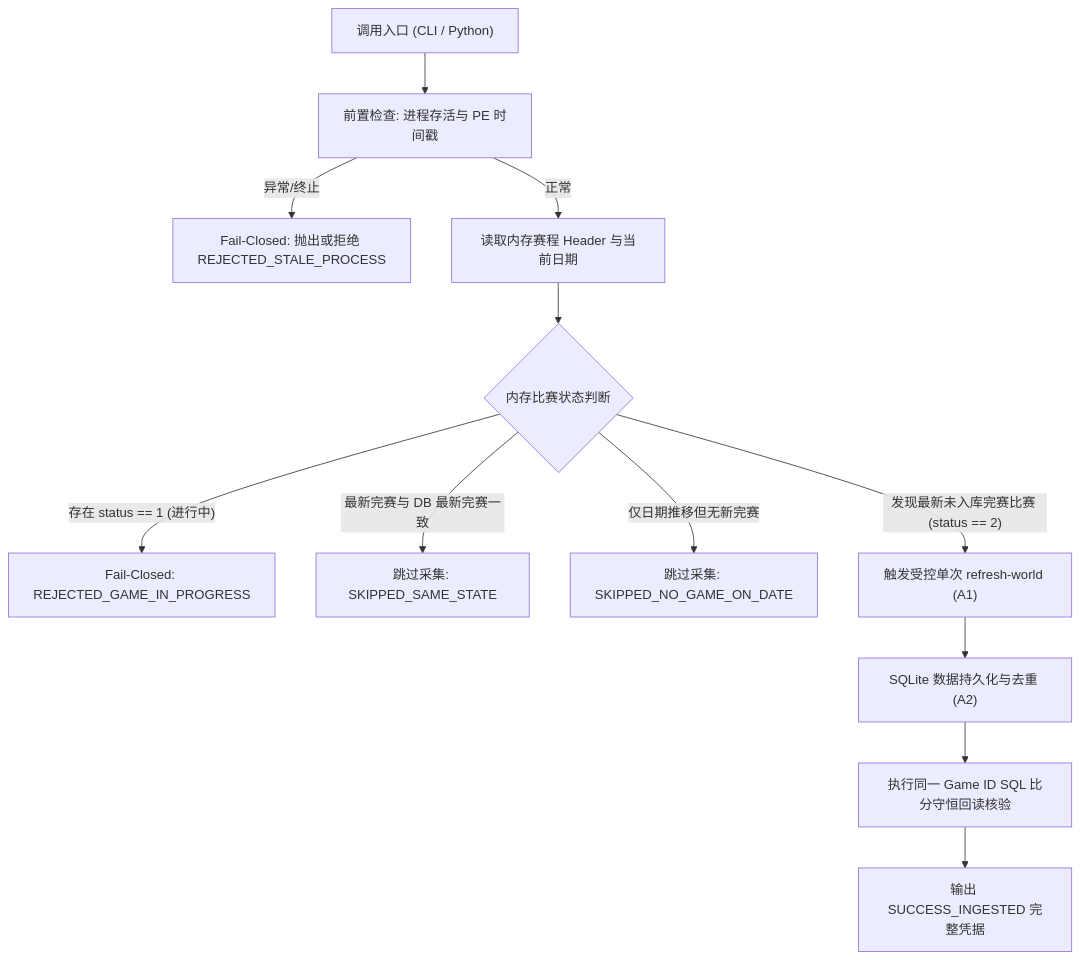
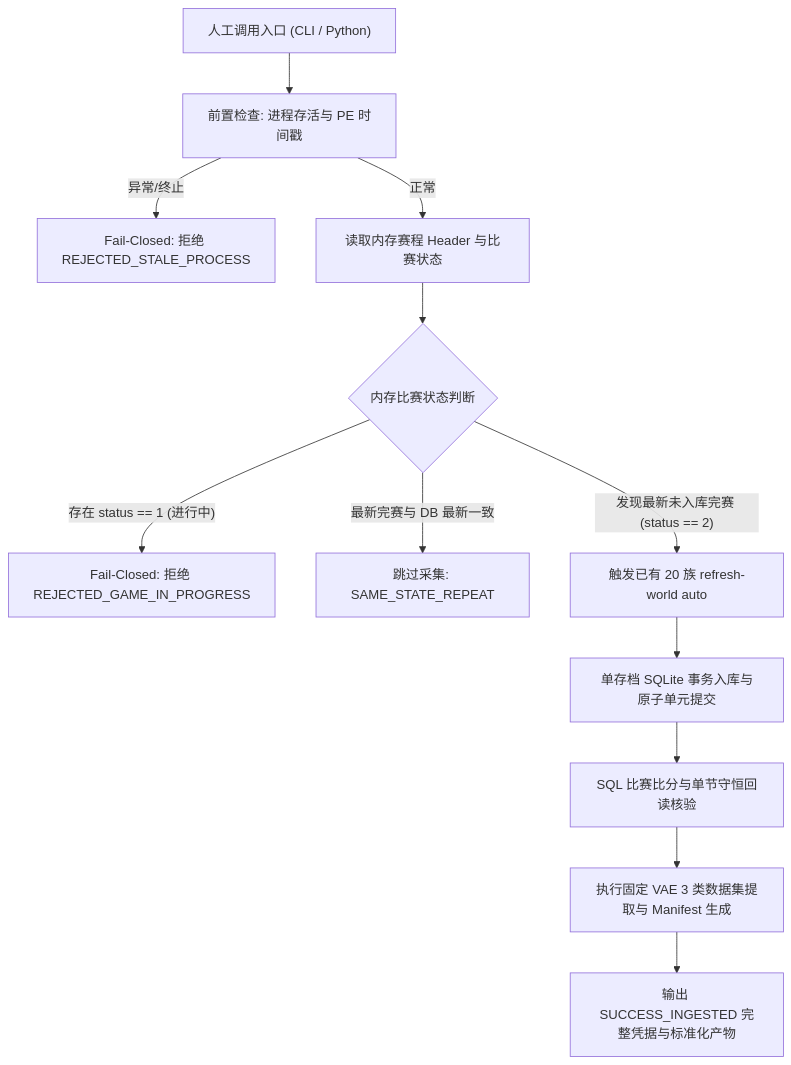
One commit to chris2gao/Cybernetic_City_State_OS_v2---nba2k22 changed the diagram in 01_os/07_content/_runs/run-20261101-nba2k22-vae-calendar-sim-g1g2-readiness-loop-001/06_执行/auto_capture_orchestrator_design_and_entrypoint.md. Above: the diagram before and after it, drawn with Mermaid. The commit also changed other lines of this file and 6 other files, not shown here.

Commit message:
feat(VAE): complete WorldData one-click full 20-family capture and standardized VAE dataset exports

````diff
--- a/01_os/07_content/_runs/run-20261101-nba2k22-vae-calendar-sim-g1g2-readiness-loop-001/06_执行/auto_capture_orchestrator_design_and_entrypoint.md
+++ b/01_os/07_content/_runs/run-20261101-nba2k22-vae-calendar-sim-g1g2-readiness-loop-001/06_执行/auto_capture_orchestrator_design_and_entrypoint.md
@@ -16,14 +17,14 @@
 ```mermaid
 flowchart TD
-    A["调用入口 (CLI / Python)"] --> B["前置检查: 进程存活与 PE 时间戳"]
-    B -- "异常/终止" --> C["Fail-Closed: 抛出或拒绝 REJECTED_STALE_PROCESS"]
-    B -- "正常" --> D["读取内存赛程 Header 与当前日期"]
+    A["人工调用入口 (CLI / Python)"] --> B["前置检查: 进程存活与 PE 时间戳"]
+    B -- "异常/终止" --> C["Fail-Closed: 拒绝 REJECTED_STALE_PROCESS"]
+    B -- "正常" --> D["读取内存赛程 Header 与比赛状态"]
     D --> E{"内存比赛状态判断"}
-    E -- "存在 status == 1 (进行中)" --> F["Fail-Closed: REJECTED_GAME_IN_PROGRESS"]
-    E -- "最新完赛与 DB 最新完赛一致" --> G["跳过采集: SKIPPED_SAME_STATE"]
-    E -- "仅日期推移但无新完赛" --> H["跳过采集: SKIPPED_NO_GAME_ON_DATE"]
-    E -- "发现最新未入库完赛比赛 (status == 2)" --> I["触发受控单次 refresh-world (A1)"]
-    I --> J["SQLite 数据持久化与去重 (A2)"]
-    J --> K["执行同一 Game ID SQL 比分守恒回读核验"]
-    K --> L["输出 SUCCESS_INGESTED 完整凭据"]
+    E -- "存在 status == 1 (进行中)" --> F["Fail-Closed: 拒绝 REJECTED_GAME_IN_PROGRESS"]
+    E -- "最新完赛与 DB 最新一致" --> G["跳过采集: SAME_STATE_REPEAT"]
+    E -- "发现最新未入库完赛 (status == 2)" --> H["触发已有 20 族 refresh-world auto"]
+    H --> I["单存档 SQLite 事务入库与原子单元提交"]
+    I --> J["SQL 比赛比分与单节守恒回读核验"]
+    J --> K["执行固定 VAE 3 类数据集提取与 Manifest 生成"]
+    K --> L["输出 SUCCESS_INGESTED 完整凭据与标准化产物"]
 ```
````
